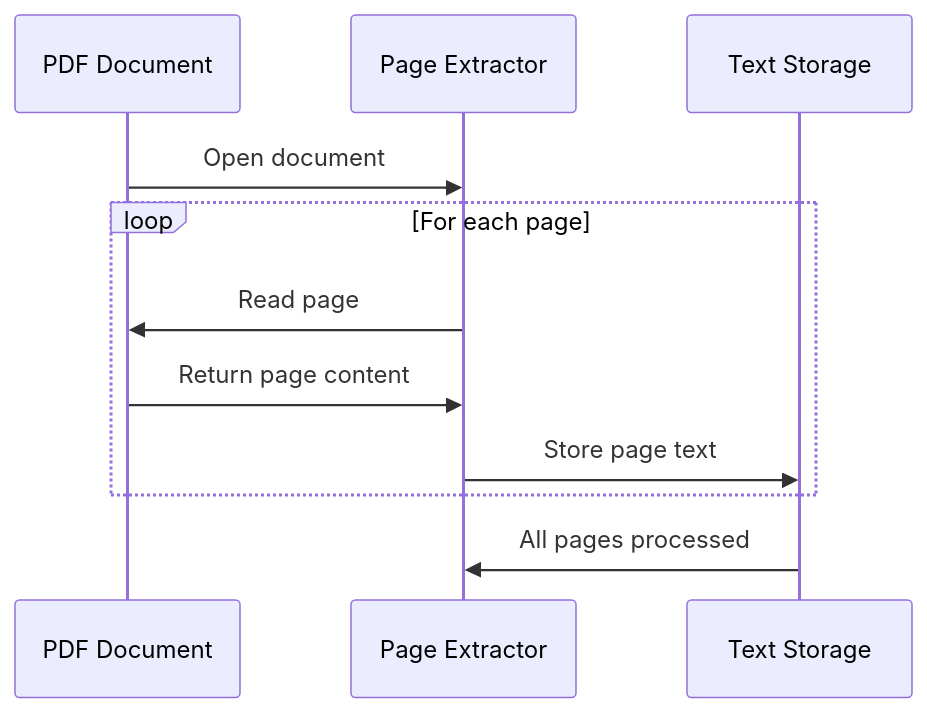
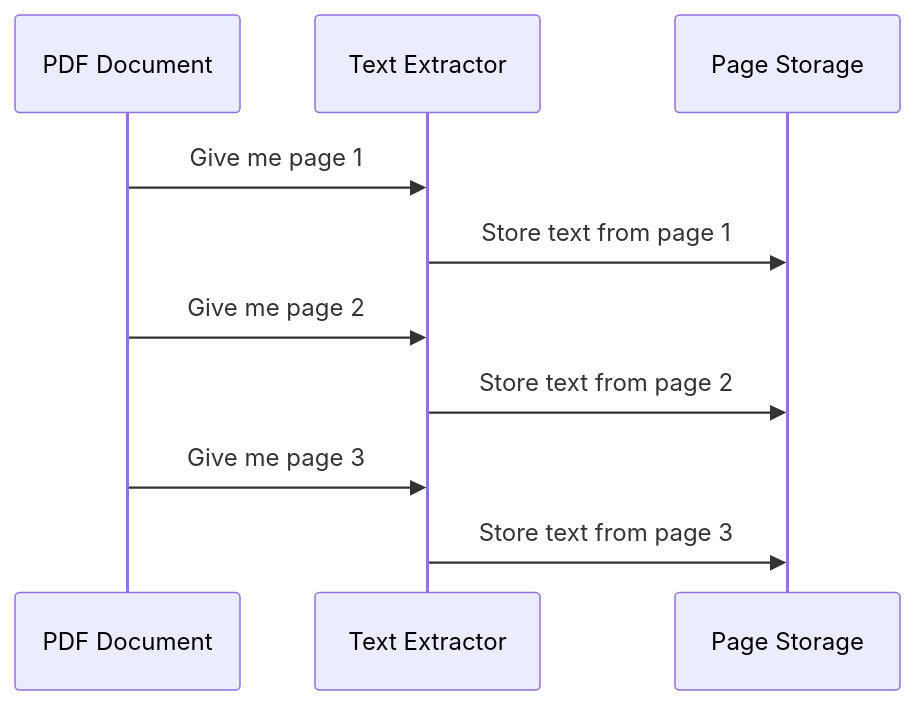
One commit to dygavieta/NewRepo changed the fifth of 7 diagrams in README.md. Above: the diagram before and after it, drawn with Mermaid. The commit also changed other lines of this file, not shown here.

````diff
--- a/README.md
+++ b/README.md
@@ -348,14 +362,13 @@
 ```mermaid
 sequenceDiagram
     participant PDF as PDF Document
-    participant Extractor as Page Extractor
-    participant Storage as Text Storage
-    
-    PDF->>Extractor: Open document
-    loop For each page
-        Extractor->>PDF: Read page
-        PDF->>Extractor: Return page content
-        Extractor->>Storage: Store page text
-    end
-    Storage->>Extractor: All pages processed
+    participant Extractor as Text Extractor
+    participant Storage as Page Storage
+
+    PDF->>Extractor: Give me page 1
+    Extractor->>Storage: Store text from page 1
+    PDF->>Extractor: Give me page 2
+    Extractor->>Storage: Store text from page 2
+    PDF->>Extractor: Give me page 3
+    Extractor->>Storage: Store text from page 3
 ```
````
